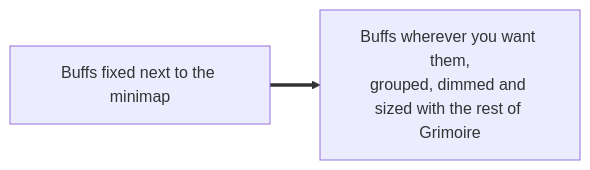
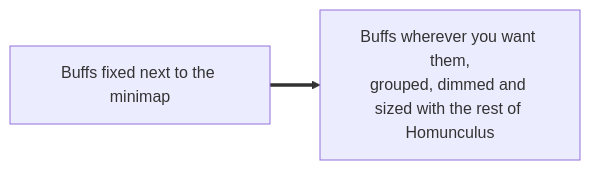
The first of 2 diagrams in docs/features/auras/README.md (PhillypHenning/grimoire), drawn with Mermaid before and after one commit. The commit also changed other lines of this file and 178 other files, not shown here.

First line of the commit message:
Rename the suite from Grimoire to Homunculus (ADR 0010)

````diff
--- a/docs/features/auras/README.md
+++ b/docs/features/auras/README.md
@@ -14,4 +14,4 @@
 ```mermaid
 flowchart LR
-    D[Buffs fixed next to the minimap] ==> G[Buffs wherever you want them,<br/>grouped, dimmed and sized with the rest of Grimoire]
+    D[Buffs fixed next to the minimap] ==> G[Buffs wherever you want them,<br/>grouped, dimmed and sized with the rest of Homunculus]
 ```
````
